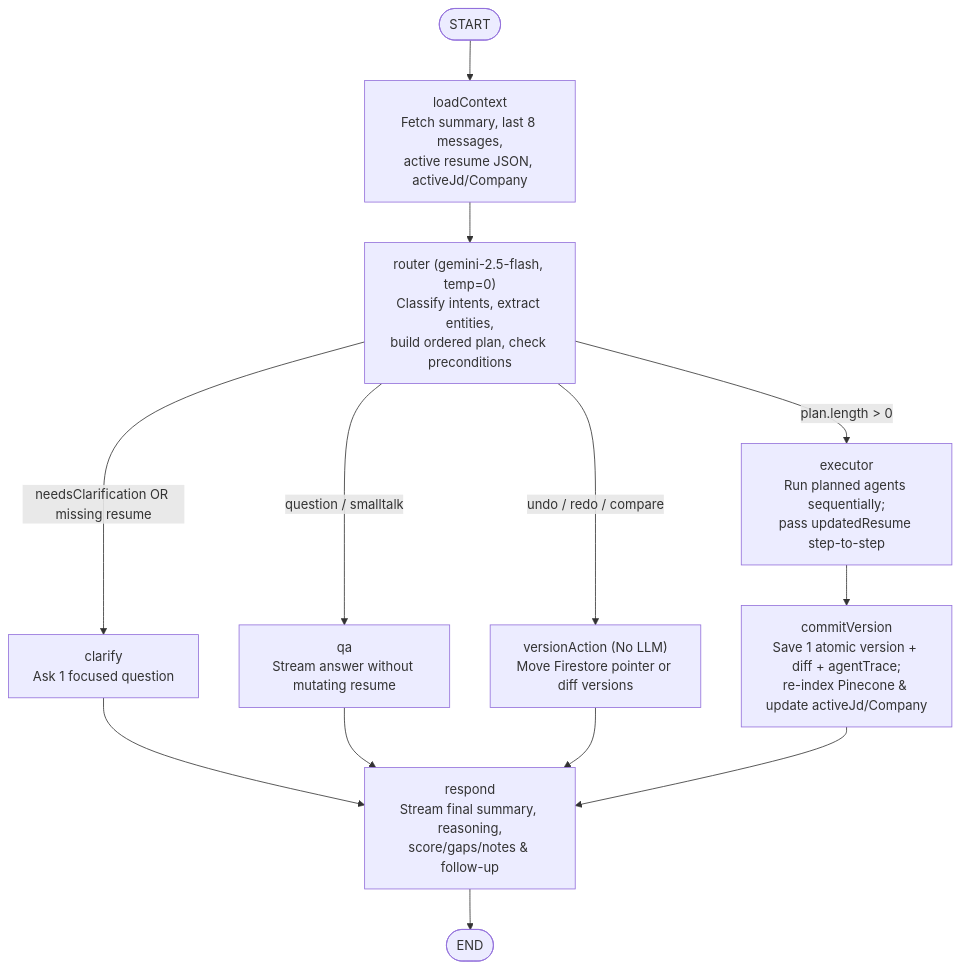
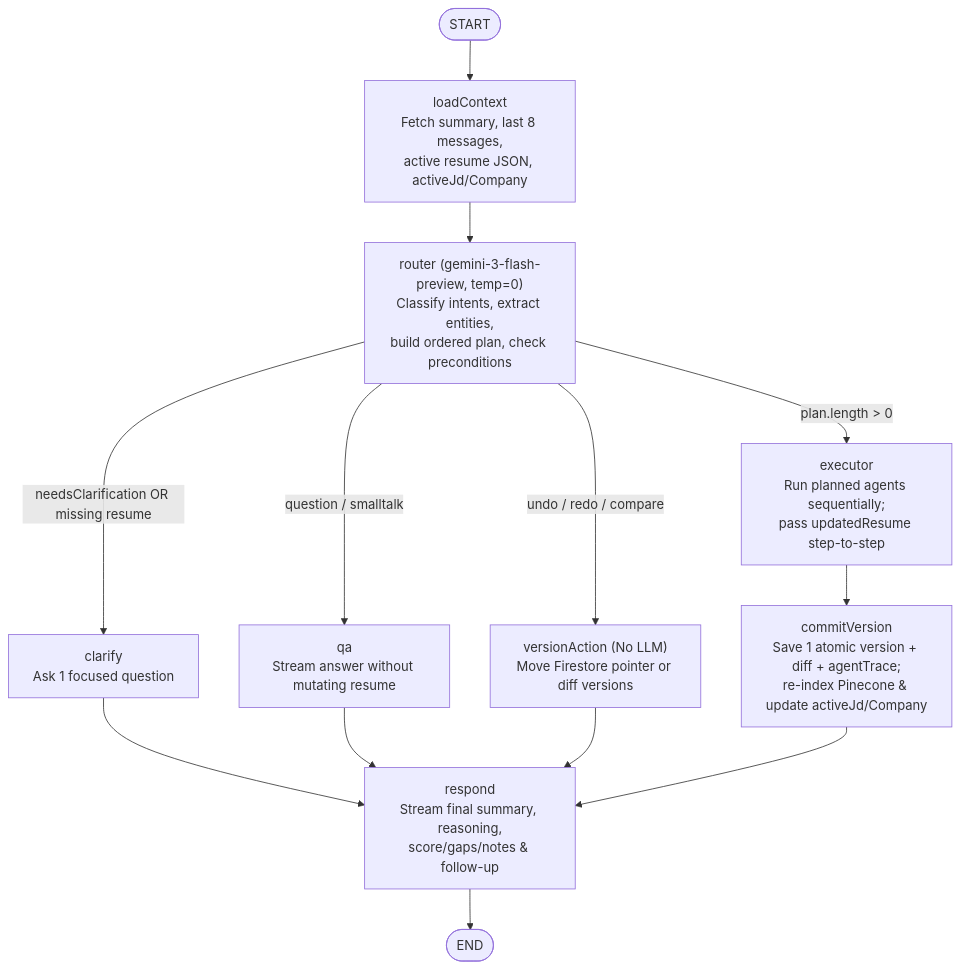
One commit to Sachin0527/careerflow-resume-ai changed the second of 2 diagrams in docs/ARCHITECTURE.md. Above: the diagram before and after it, drawn with Mermaid. The commit also changed 30 other files, not shown here.

````diff
--- a/docs/ARCHITECTURE.md
+++ b/docs/ARCHITECTURE.md
@@ -46,21 +46,21 @@
 ```mermaid
 flowchart TD
     START([START]) --> loadContext
     loadContext["loadContext<br/>Fetch summary, last 8 messages,<br/>active resume JSON, activeJd/Company"] --> router
 
-    router["router (gemini-2.5-flash, temp=0)<br/>Classify intents, extract entities,<br/>build ordered plan, check preconditions"]
+    router["router (gemini-3-flash-preview, temp=0)<br/>Classify intents, extract entities,<br/>build ordered plan, check preconditions"]
 
     router -->|needsClarification OR missing resume| clarify
     router -->|undo / redo / compare| versionAction
     router -->|question / smalltalk| qa
     router -->|plan.length > 0| executor
 
     clarify["clarify<br/>Ask 1 focused question"] --> respond
     qa["qa<br/>Stream answer without mutating resume"] --> respond
     versionAction["versionAction (No LLM)<br/>Move Firestore pointer or diff versions"] --> respond
 
     executor["executor<br/>Run planned agents sequentially;<br/>pass updatedResume step-to-step"] --> commitVersion
     commitVersion["commitVersion<br/>Save 1 atomic version + diff + agentTrace;<br/>re-index Pinecone & update activeJd/Company"] --> respond
 
     respond["respond<br/>Stream final summary, reasoning,<br/>score/gaps/notes & follow-up"] --> END([END])
 ```
````
